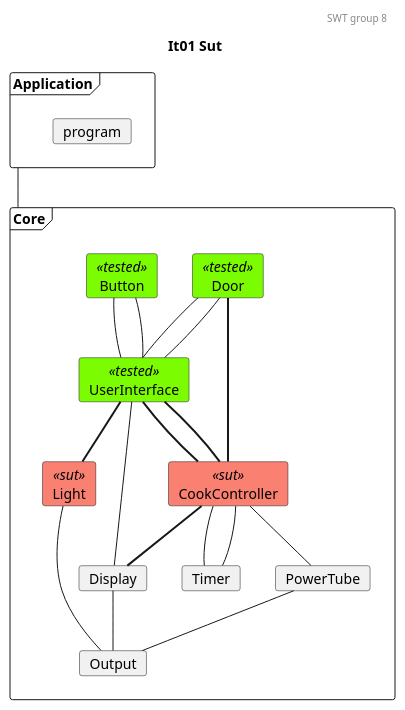
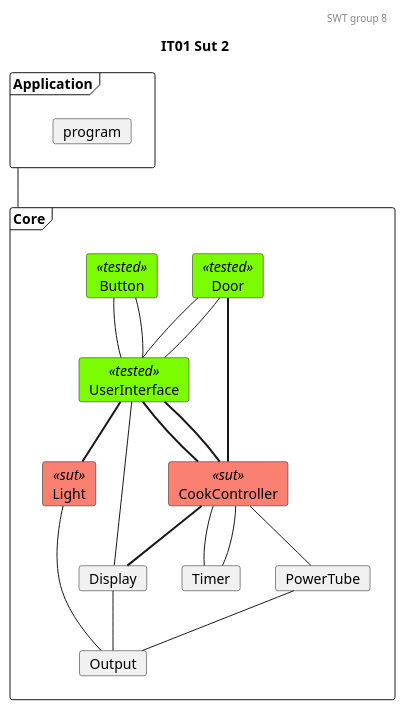
One commit to mikkel-ol/I4SWT-MicrowaveOven changed the diagram in docs/SysTestTree2.plantuml. Above: the diagram before and after it, drawn with PlantUML. The commit also changed 9 other files, not shown here.

Commit message:
Update plantuml names and add images

```diff
--- a/docs/SysTestTree2.plantuml
+++ b/docs/SysTestTree2.plantuml
@@ -1,78 +1,78 @@
 @startuml
 
 'Testing colors:
 skinparam card{
     backgroundColor<<tested>> lawngreen
     backgroundColor<<sut>> salmon
     backgroundColor<<test>> salmon
     backgroundColor<<fake>> gold
 }
 
 header SWT group 8
-title It01 Sut
+title IT01 Sut 2
 
 frame Application{
     card program
 }
 
 frame Core{
 '0.
     card Door<<tested>>
     card Button<<tested>>
 
 '1.
     card UserInterface<<tested>>
 
 '2.
     card CookController<<sut>>
     card Light<<sut>>
 
 '3.
     card Timer
     card PowerTube
     card Display
 
 '4 
     card Output
 
 
 }
 Application -- Core
 
 'Relations projects
 ' 0. to 1.
 Door -- UserInterface
 Door -- UserInterface
 
 Button -- UserInterface
 Button -- UserInterface
 
 
 'Relations CookController:
 '1.
 UserInterface -[thickness=2]- CookController
 UserInterface -[thickness=2]- CookController
 
 '1. to 3.
 Door -[thickness=2]- CookController
 
 
 CookController -- PowerTube
 
 '1. to 2.
 UserInterface -- Display
 UserInterface -[thickness=2]- Light
 CookController -[thickness=2]- Display
 
 CookController -- Timer
 CookController -- Timer 
 
 
 ' Relations 2. to 3.
 Light -- Output
 Display -- Output
 PowerTube -- Output
 
 
 
 @enduml
```
